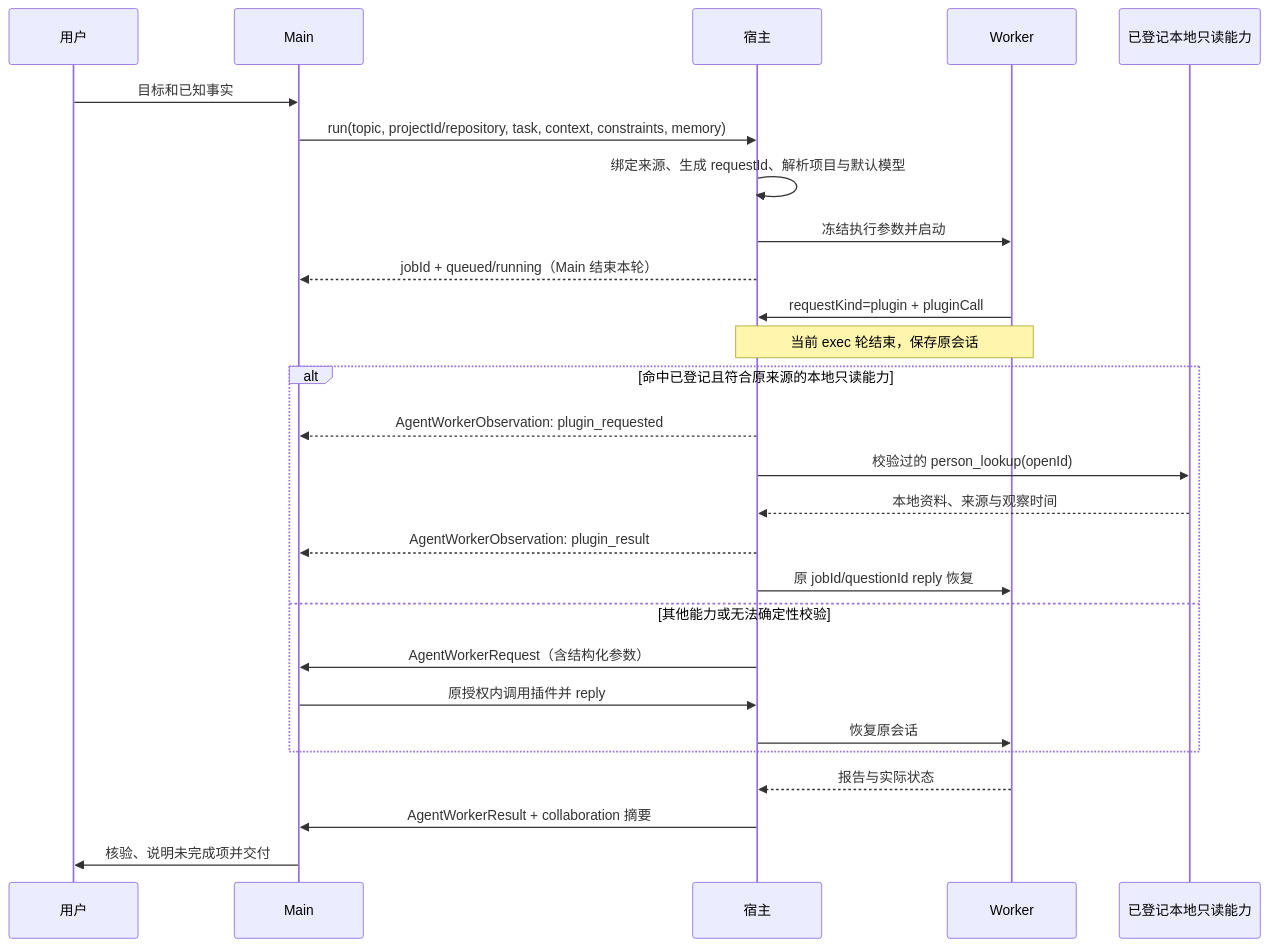
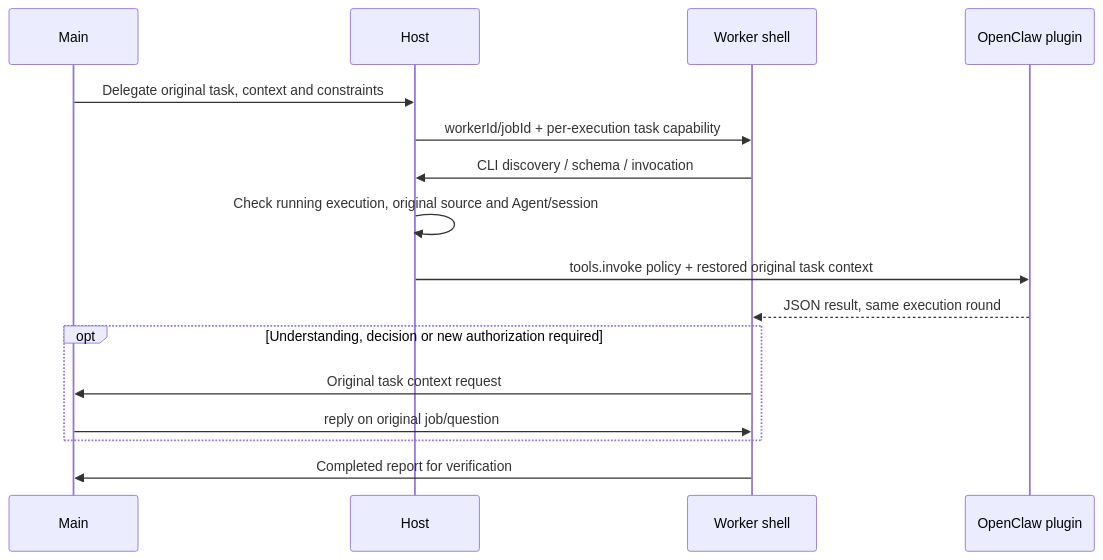
Before and after one commit to Lydanne/agent-plugins: the first of 2 diagrams in docs/main-worker-collaboration.md, drawn with Mermaid. The commit also changed other lines of this file and 28 other files, not shown here.

Commit message:
feat(agent-worker): add task-bound plugin CLI and global skills

````diff
--- a/docs/main-worker-collaboration.md
+++ b/docs/main-worker-collaboration.md
@@ -7,29 +7,18 @@
 ```mermaid
 sequenceDiagram
-    participant U as 用户
     participant M as Main
-    participant H as 宿主
-    participant W as Worker
-    participant P as 已登记本地只读能力
-    U->>M: 目标和已知事实
-    M->>H: run(topic, projectId/repository, task, context, constraints, memory)
-    H->>H: 绑定来源、生成 requestId、解析项目与默认模型
-    H->>W: 冻结执行参数并启动
-    H-->>M: jobId + queued/running（Main 结束本轮）
-    W->>H: requestKind=plugin + pluginCall
-    Note over W,H: 当前 exec 轮结束，保存原会话
-    alt 命中已登记且符合原来源的本地只读能力
-        H-->>M: AgentWorkerObservation: plugin_requested
-        H->>P: 校验过的 person_lookup(openId)
-        P-->>H: 本地资料、来源与观察时间
-        H-->>M: AgentWorkerObservation: plugin_result
-        H->>W: 原 jobId/questionId reply 恢复
-    else 其他能力或无法确定性校验
-        H->>M: AgentWorkerRequest（含结构化参数）
-        M->>H: 原授权内调用插件并 reply
-        H->>W: 恢复原会话
+    participant H as Host
+    participant W as Worker shell
+    participant P as OpenClaw plugin
+    M->>H: Delegate original task, context and constraints
+    H->>W: workerId/jobId + per-execution task capability
+    W->>H: CLI discovery / schema / invocation
+    H->>H: Check running execution, original source and Agent/session
+    H->>P: tools.invoke policy + restored original task context
+    P-->>W: JSON result, same execution round
+    opt Understanding, decision or new authorization required
+        W->>M: Original task context request
+        M->>W: reply on original job/question
     end
-    W-->>H: 报告与实际状态
-    H->>M: AgentWorkerResult + collaboration 摘要
-    M->>U: 核验、说明未完成项并交付
+    W->>M: Completed report for verification
 ```
````
